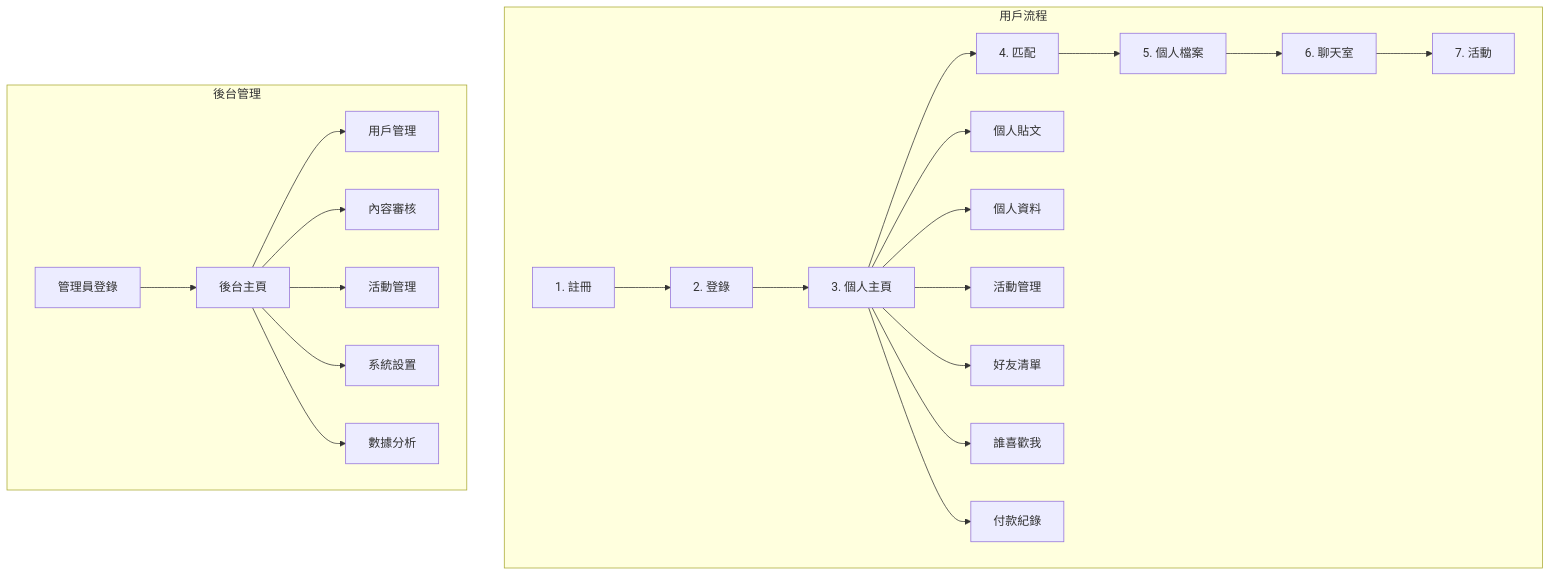
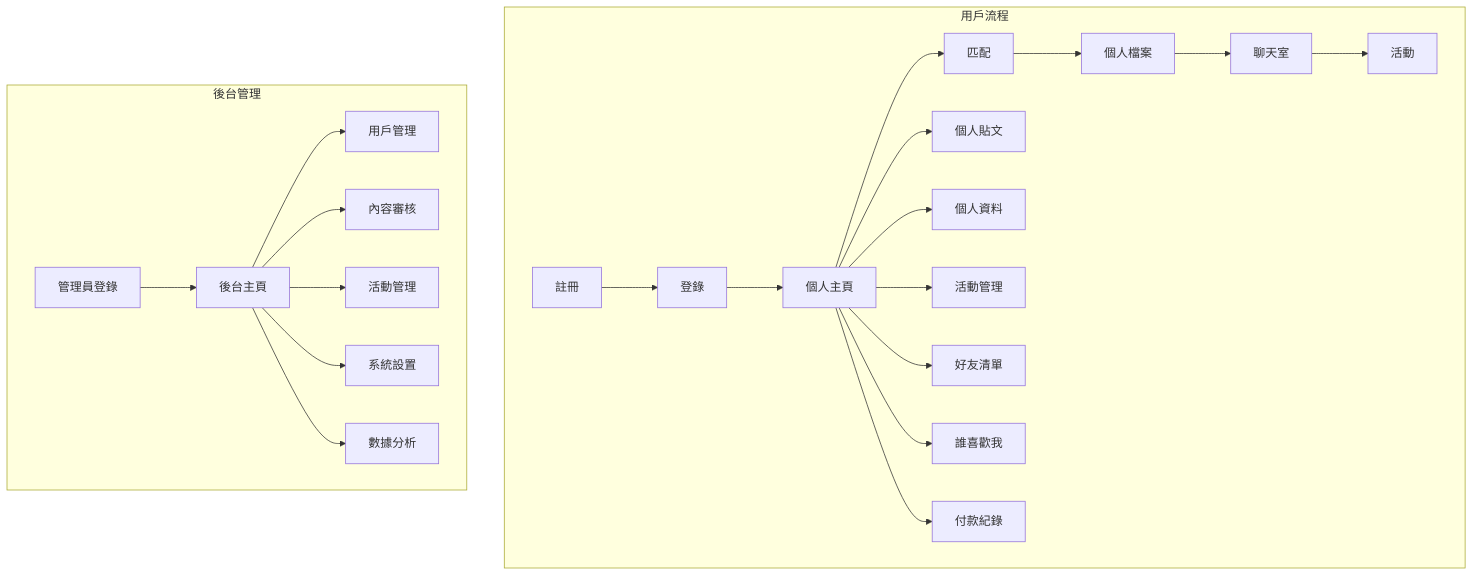
The diagram in HaveFunTest/dating-app-flow.mermaid (Turner-Chang/HaveFun), drawn with Mermaid before and after one commit.

```diff
--- a/HaveFunTest/dating-app-flow.mermaid
+++ b/HaveFunTest/dating-app-flow.mermaid
@@ -1,27 +1,27 @@
 
 
 graph TD
     subgraph 用戶流程
-        A[1. 註冊] --> B[2. 登錄]
-        B --> C[3. 個人主頁]
-        C --> D[4. 匹配]
-        D --> E[5. 個人檔案]
-        E --> F[6. 聊天室]
-        F --> G[7. 活動]
+        A[註冊] --> B[登錄]
+        B --> C[個人主頁]
+        C --> D[匹配]
+        D --> E[個人檔案]
+        E --> F[聊天室]
+        F --> G[活動]
         
         C --> H[個人貼文]
         C --> I[個人資料]
         C --> J[活動管理]
         C --> K[好友清單]
         C --> L[誰喜歡我]
         C --> M[付款紀錄]
     end
     
     subgraph 後台管理
         N[管理員登錄] --> O[後台主頁]
         O --> P[用戶管理]
         O --> Q[內容審核]
         O --> R[活動管理]
         O --> S[系統設置]
         O --> T[數據分析]
     end
```
